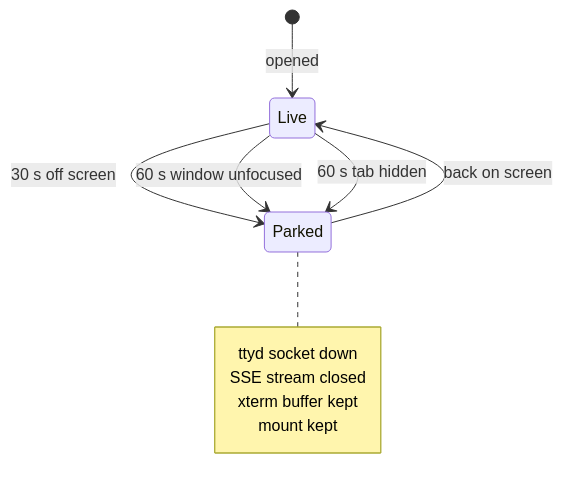
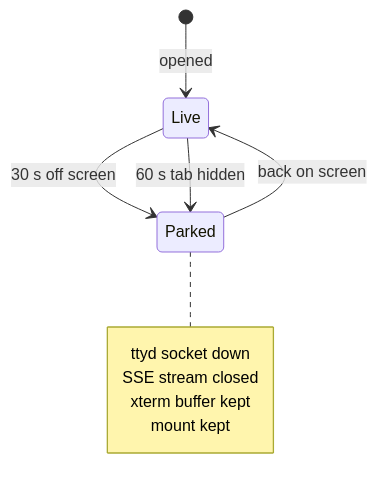
The second of 2 diagrams in docs/plans/2026-09-11-client-cpu-parking-design.md (ViktorBarzin/terminal-lobby), drawn with Mermaid before and after one commit. The commit also changed other lines of this file and 21 other files, not shown here.

````diff
--- a/docs/plans/2026-09-11-client-cpu-parking-design.md
+++ b/docs/plans/2026-09-11-client-cpu-parking-design.md
@@ -70,14 +76,13 @@
 ```mermaid
 stateDiagram-v2
     [*] --> Live: opened
     Live --> Parked: 30 s off screen
-    Live --> Parked: 60 s window unfocused
     Live --> Parked: 60 s tab hidden
     Parked --> Live: back on screen
     note right of Parked
       ttyd socket down
       SSE stream closed
       xterm buffer kept
       mount kept
     end note
 ```
````
